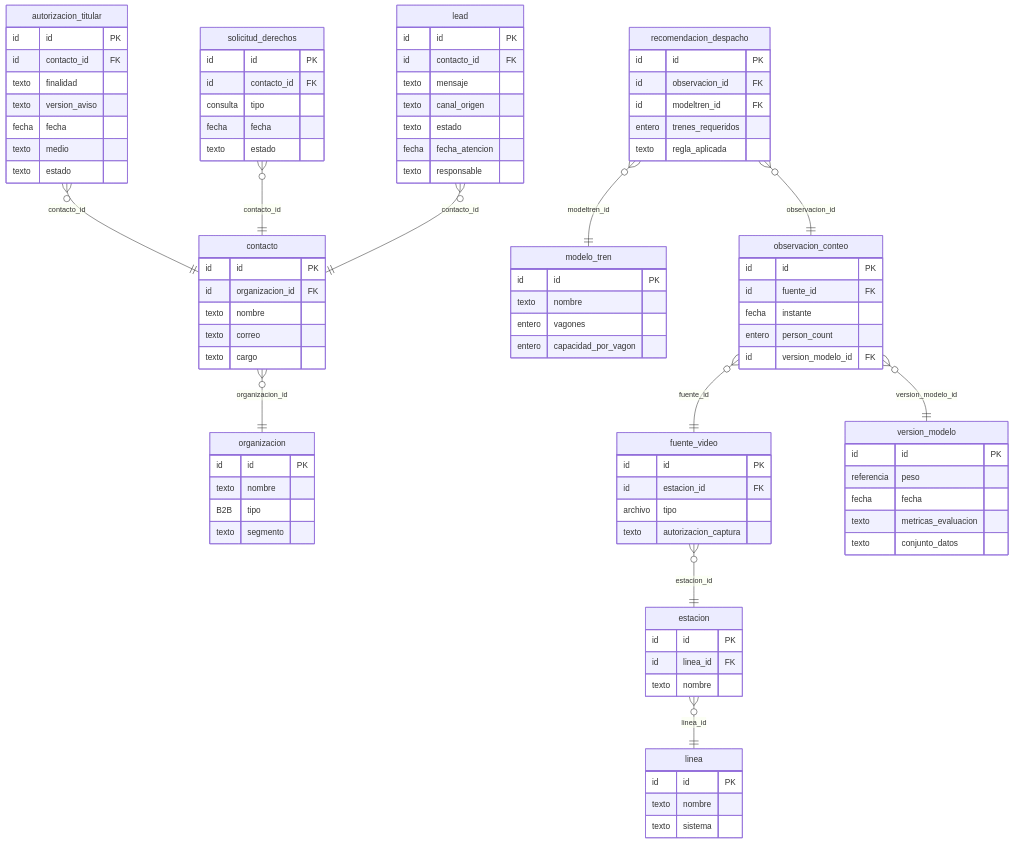
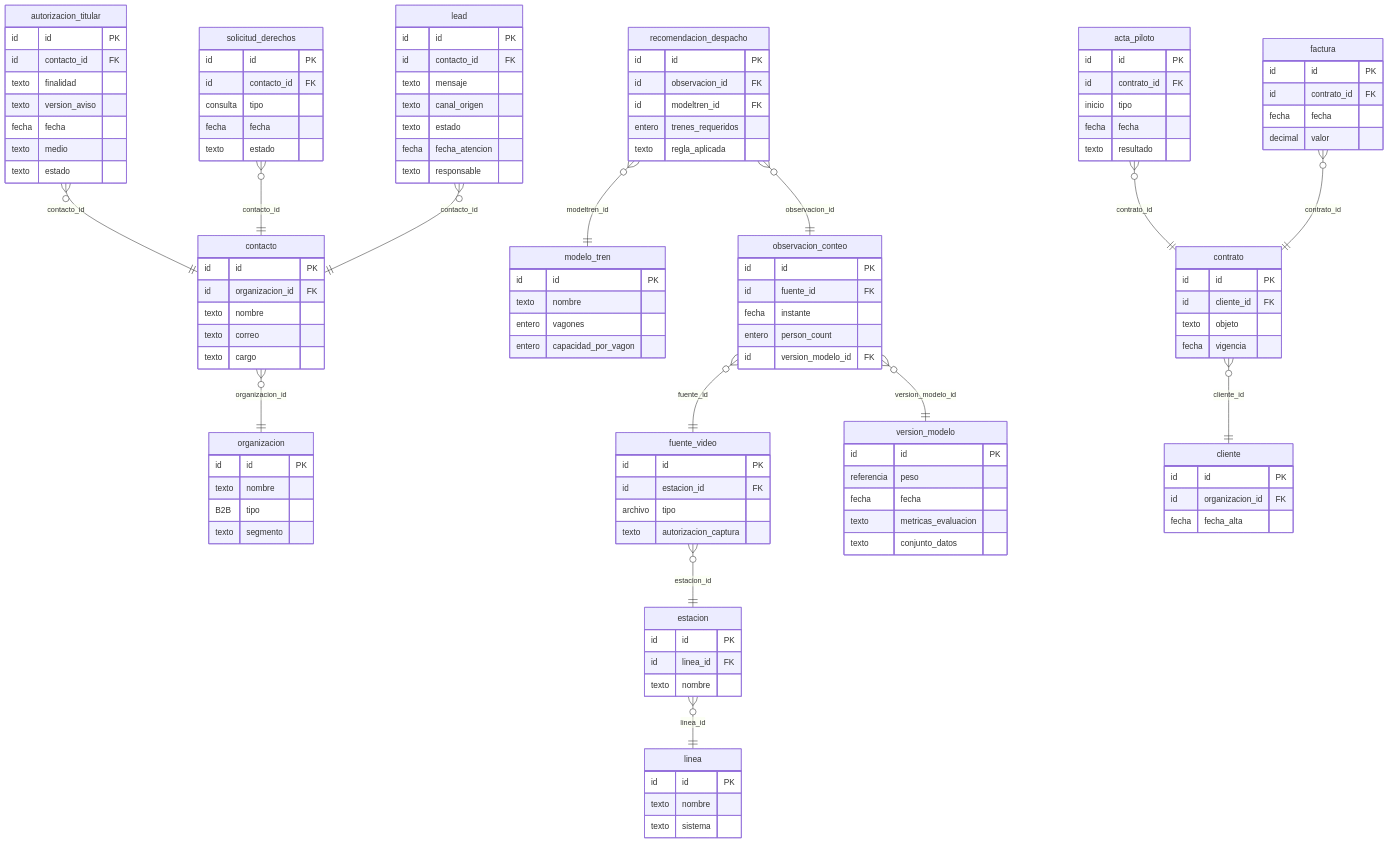
Before and after one commit to 5arSanti/tro-launcher: the diagram in docs/ae-final-project/ondas/M2-datos/diagramas/E-03-logico-to-be.mmd, drawn with Mermaid. The commit also changed 9 other files, not shown here.

```diff
--- a/docs/ae-final-project/ondas/M2-datos/diagramas/E-03-logico-to-be.mmd
+++ b/docs/ae-final-project/ondas/M2-datos/diagramas/E-03-logico-to-be.mmd
@@ -1,92 +1,119 @@
 erDiagram
     organizacion {
         id id PK
         texto nombre
         B2B tipo
         texto segmento
     }
     contacto {
         id id PK
         id organizacion_id FK
         texto nombre
         texto correo
         texto cargo
     }
     autorizacion_titular {
         id id PK
         id contacto_id FK
         texto finalidad
         texto version_aviso
         fecha fecha
         texto medio
         texto estado
     }
     lead {
         id id PK
         id contacto_id FK
         texto mensaje
         texto canal_origen
         texto estado
         fecha fecha_atencion
         texto responsable
     }
     solicitud_derechos {
         id id PK
         id contacto_id FK
         consulta tipo
         fecha fecha
         texto estado
     }
     linea {
         id id PK
         texto nombre
         texto sistema
     }
     estacion {
         id id PK
         id linea_id FK
         texto nombre
     }
     fuente_video {
         id id PK
         id estacion_id FK
         archivo tipo
         texto autorizacion_captura
     }
     modelo_tren {
         id id PK
         texto nombre
         entero vagones
         entero capacidad_por_vagon
     }
     recomendacion_despacho {
         id id PK
         id observacion_id FK
         id modeltren_id FK
         entero trenes_requeridos
         texto regla_aplicada
     }
     observacion_conteo {
         id id PK
         id fuente_id FK
         fecha instante
         entero person_count
         id version_modelo_id FK
     }
     version_modelo {
         id id PK
         referencia peso
         fecha fecha
         texto metricas_evaluacion
         texto conjunto_datos
     }
+    cliente {
+        id id PK
+        id organizacion_id FK
+        fecha fecha_alta
+    }
+    contrato {
+        id id PK
+        id cliente_id FK
+        texto objeto
+        fecha vigencia
+    }
+    acta_piloto {
+        id id PK
+        id contrato_id FK
+        inicio tipo
+        fecha fecha
+        texto resultado
+    }
+    factura {
+        id id PK
+        id contrato_id FK
+        fecha fecha
+        decimal valor
+    }
+    contrato }o--|| cliente : "cliente_id"
+    acta_piloto }o--|| contrato : "contrato_id"
+    factura }o--|| contrato : "contrato_id"
     contacto }o--|| organizacion : "organizacion_id"
     autorizacion_titular }o--|| contacto : "contacto_id"
     solicitud_derechos }o--|| contacto : "contacto_id"
     lead }o--|| contacto : "contacto_id"
     estacion }o--|| linea : "linea_id"
     fuente_video }o--|| estacion : "estacion_id"
     observacion_conteo }o--|| fuente_video : "fuente_id"
     observacion_conteo }o--|| version_modelo : "version_modelo_id"
     recomendacion_despacho }o--|| observacion_conteo : "observacion_id"
     recomendacion_despacho }o--|| modelo_tren : "modeltren_id"
```
